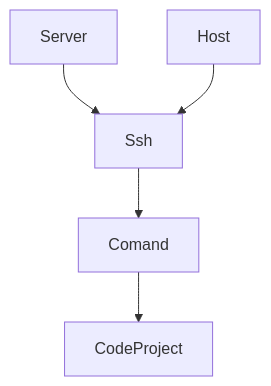
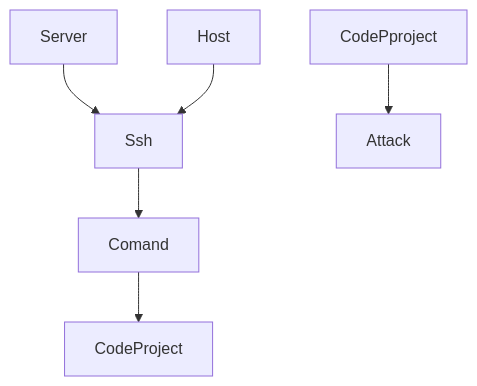
One commit to AnonsKrekerDarkerAnonymous/Phising-Web-Facebook changed the first of 2 diagrams in README.md. Above: the diagram before and after it, drawn with Mermaid.

````diff
--- a/README.md
+++ b/README.md
@@ -6,7 +6,8 @@
 ```mermaid
 graph TD;
     Server-->Ssh;
     Host-->Ssh;
     Ssh-->Comand;
     Comand-->CodeProject;
+    CodePproject-->Attack;
 ```
````
